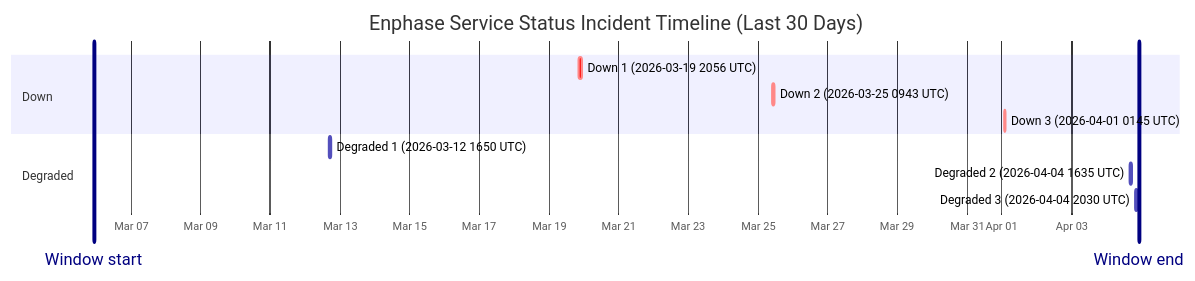
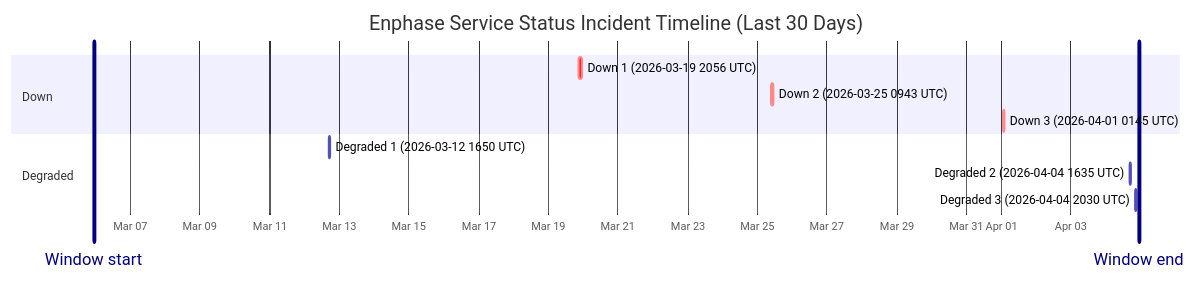
Before and after one commit to barneyonline/ha-enphase-ev-charger: the diagram in wiki/Service-Status-History.md, drawn with Mermaid. The commit also changed other lines of this file and 3 other files, not shown here.

````diff
--- a/wiki/Service-Status-History.md
+++ b/wiki/Service-Status-History.md
@@ -14,16 +14,16 @@
 ```mermaid
 gantt
     title Enphase Service Status Incident Timeline (Last 30 Days)
     dateFormat  YYYY-MM-DDTHH:mm:ss
     axisFormat  %b %d
-    Window start :vert, window-start, 2026-03-05T22:28:49, 0ms
-    Window end :vert, window-end, 2026-04-04T22:28:49, 0ms
+    Window start :vert, window-start, 2026-03-05T22:59:21, 0ms
+    Window end :vert, window-end, 2026-04-04T22:59:21, 0ms
     section Down
     Down 1 (2026-03-19 2056 UTC) :crit, down-1, 2026-03-19T20:56:20, 145m
     Down 2 (2026-03-25 0943 UTC) :crit, down-2, 2026-03-25T09:43:28, 111m
     Down 3 (2026-04-01 0145 UTC) :crit, down-3, 2026-04-01T01:45:09, 60m
     section Degraded
     Degraded 1 (2026-03-12 1650 UTC) :active, degraded-1, 2026-03-12T16:50:43, 60m
     Degraded 2 (2026-04-04 1635 UTC) :active, degraded-2, 2026-04-04T16:35:17, 60m
     Degraded 3 (2026-04-04 2030 UTC) :active, degraded-3, 2026-04-04T20:30:40, 60m
 ```
````
